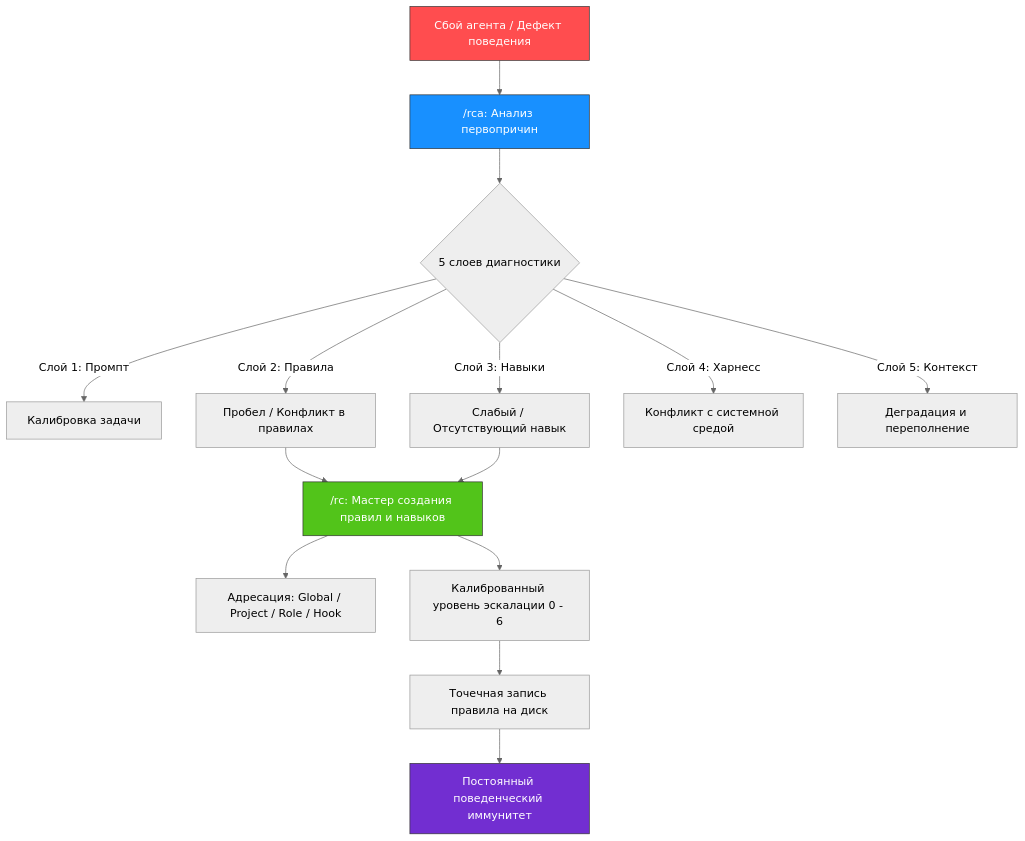
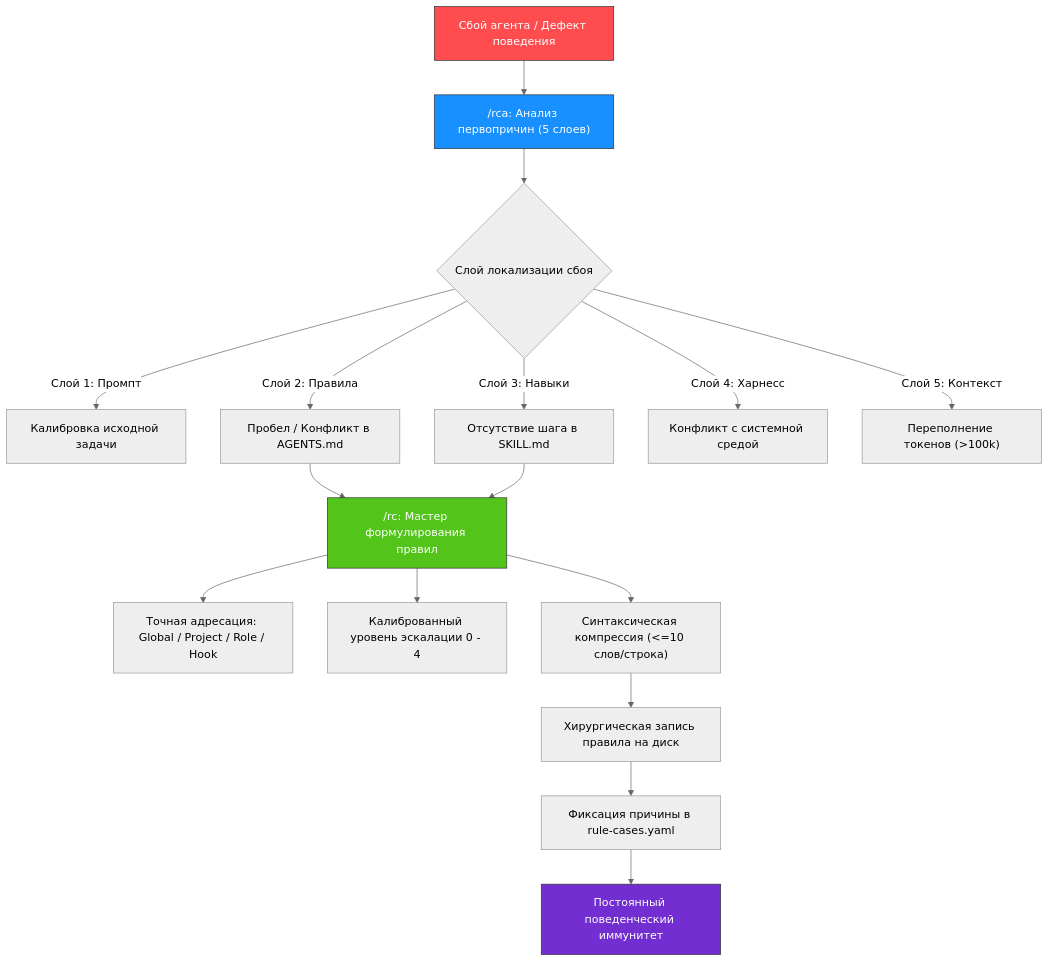
One commit to SpIvanM/golden-skills changed the diagram in README_RU.md. Above: the diagram before and after it, drawn with Mermaid (neutral theme). The commit also changed other lines of this file and 21 other files, not shown here.

````diff
--- a/README_RU.md
+++ b/README_RU.md
@@ -34,21 +38,23 @@
 ```mermaid
 flowchart TD
-    A["Сбой агента / Дефект поведения"] --> B["/rca: Анализ первопричин"]
-    B --> C{"5 слоев диагностики"}
-    C -->|Слой 1: Промпт| D["Калибровка задачи"]
-    C -->|Слой 2: Правила| E["Пробел / Конфликт в правилах"]
-    C -->|Слой 3: Навыки| F["Слабый / Отсутствующий навык"]
+    A["Сбой агента / Дефект поведения"] --> B["/rca: Анализ первопричин (5 слоев)"]
+    B --> C{"Слой локализации сбоя"}
+    C -->|Слой 1: Промпт| D["Калибровка исходной задачи"]
+    C -->|Слой 2: Правила| E["Пробел / Конфликт в AGENTS.md"]
+    C -->|Слой 3: Навыки| F["Отсутствие шага в SKILL.md"]
     C -->|Слой 4: Харнесс| G["Конфликт с системной средой"]
-    C -->|Слой 5: Контекст| H["Деградация и переполнение"]
+    C -->|Слой 5: Контекст| H["Переполнение токенов (>100k)"]
     
-    E & F --> I["/rc: Мастер создания правил и навыков"]
-    I --> J["Адресация: Global / Project / Role / Hook"]
-    I --> K["Калиброванный уровень эскалации 0 - 6"]
-    K --> L["Точечная запись правила на диск"]
-    L --> M["Постоянный поведенческий иммунитет"]
+    E & F --> I["/rc: Мастер формулирования правил"]
+    I --> J["Точная адресация: Global / Project / Role / Hook"]
+    I --> K["Калиброванный уровень эскалации 0 - 4"]
+    I --> L["Синтаксическая компрессия (<=10 слов/строка)"]
+    L --> M["Хирургическая запись правила на диск"]
+    M --> N["Фиксация причины в rule-cases.yaml"]
+    N --> O["Постоянный поведенческий иммунитет"]
 
     style A fill:#ff4d4f,stroke:#333,stroke-width:1px,color:#fff
     style B fill:#1890ff,stroke:#333,stroke-width:1px,color:#fff
     style I fill:#52c41a,stroke:#333,stroke-width:1px,color:#fff
-    style M fill:#722ed1,stroke:#333,stroke-width:1px,color:#fff
+    style O fill:#722ed1,stroke:#333,stroke-width:1px,color:#fff
 ```
````
